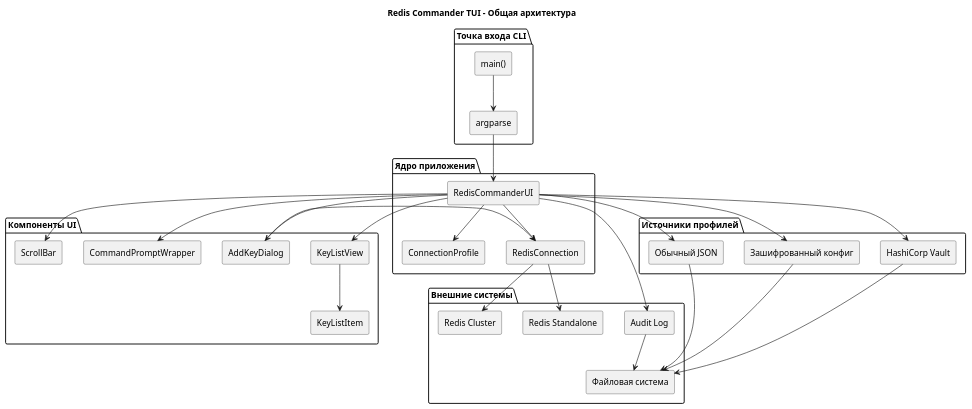
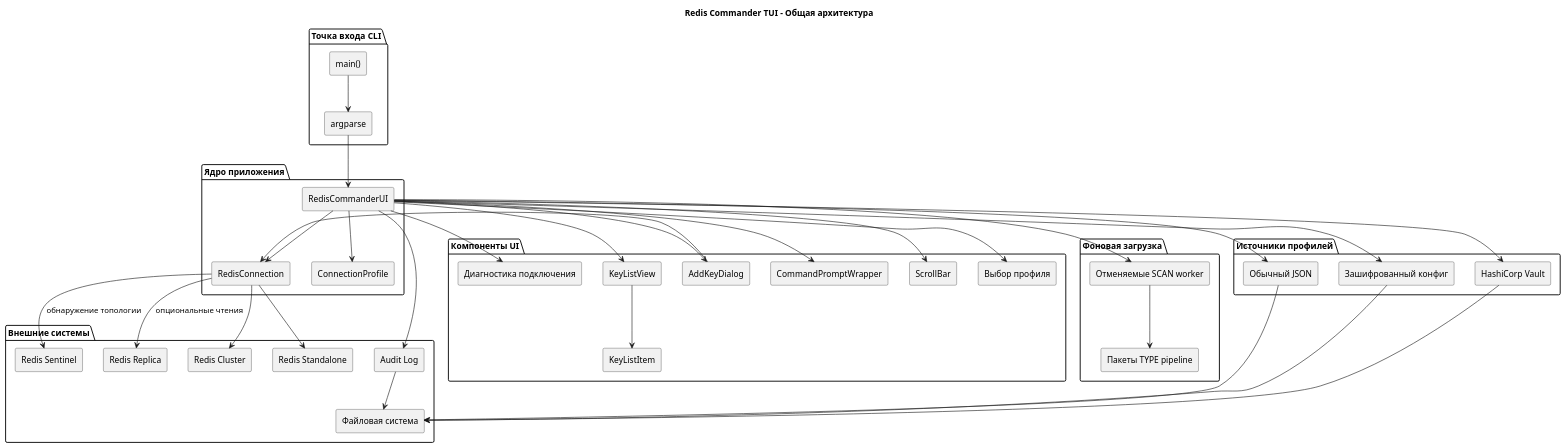
Before and after one commit to dtarasov7/redis-commander: the diagram in diagramms/architecture-overview-ru.puml, drawn with PlantUML. The commit also changed 33 other files, not shown here.

```diff
--- a/diagramms/architecture-overview-ru.puml
+++ b/diagramms/architecture-overview-ru.puml
@@ -1,65 +1,80 @@
 @startuml
 title Redis Commander TUI - Общая архитектура
 
 skinparam shadowing false
 skinparam componentStyle rectangle
 
 package "Точка входа CLI" {
   [main()]
   [argparse]
 }
 
 package "Ядро приложения" {
   [RedisCommanderUI]
   [ConnectionProfile]
   [RedisConnection]
 }
 
 package "Компоненты UI" {
+  [Выбор профиля]
+  [Диагностика подключения]
   [KeyListView]
   [KeyListItem]
   [AddKeyDialog]
   [CommandPromptWrapper]
   [ScrollBar]
+}
+
+package "Фоновая загрузка" {
+  [Отменяемые SCAN worker]
+  [Пакеты TYPE pipeline]
 }
 
 package "Источники профилей" {
   [Обычный JSON]
   [Зашифрованный конфиг]
   [HashiCorp Vault]
 }
 
 package "Внешние системы" {
   [Redis Standalone]
+  [Redis Sentinel]
+  [Redis Replica]
   [Redis Cluster]
   [Файловая система]
   [Audit Log]
 }
 
 [main()] --> [argparse]
 [argparse] --> [RedisCommanderUI]
 
 [RedisCommanderUI] --> [ConnectionProfile]
 [RedisCommanderUI] --> [RedisConnection]
+[RedisCommanderUI] --> [Выбор профиля]
+[RedisCommanderUI] --> [Диагностика подключения]
 [RedisCommanderUI] --> [KeyListView]
 [RedisCommanderUI] --> [AddKeyDialog]
 [RedisCommanderUI] --> [CommandPromptWrapper]
 [RedisCommanderUI] --> [ScrollBar]
 
 [KeyListView] --> [KeyListItem]
 [AddKeyDialog] --> [RedisConnection]
 
 [RedisCommanderUI] --> [Обычный JSON]
 [RedisCommanderUI] --> [Зашифрованный конфиг]
 [RedisCommanderUI] --> [HashiCorp Vault]
 
 [Обычный JSON] --> [Файловая система]
 [Зашифрованный конфиг] --> [Файловая система]
 [HashiCorp Vault] --> [Файловая система]
 
 [RedisConnection] --> [Redis Standalone]
+[RedisConnection] --> [Redis Sentinel] : обнаружение топологии
+[RedisConnection] --> [Redis Replica] : опциональные чтения
 [RedisConnection] --> [Redis Cluster]
+[RedisCommanderUI] --> [Отменяемые SCAN worker]
+[Отменяемые SCAN worker] --> [Пакеты TYPE pipeline]
 [RedisCommanderUI] --> [Audit Log]
 [Audit Log] --> [Файловая система]
 
 @enduml
```
